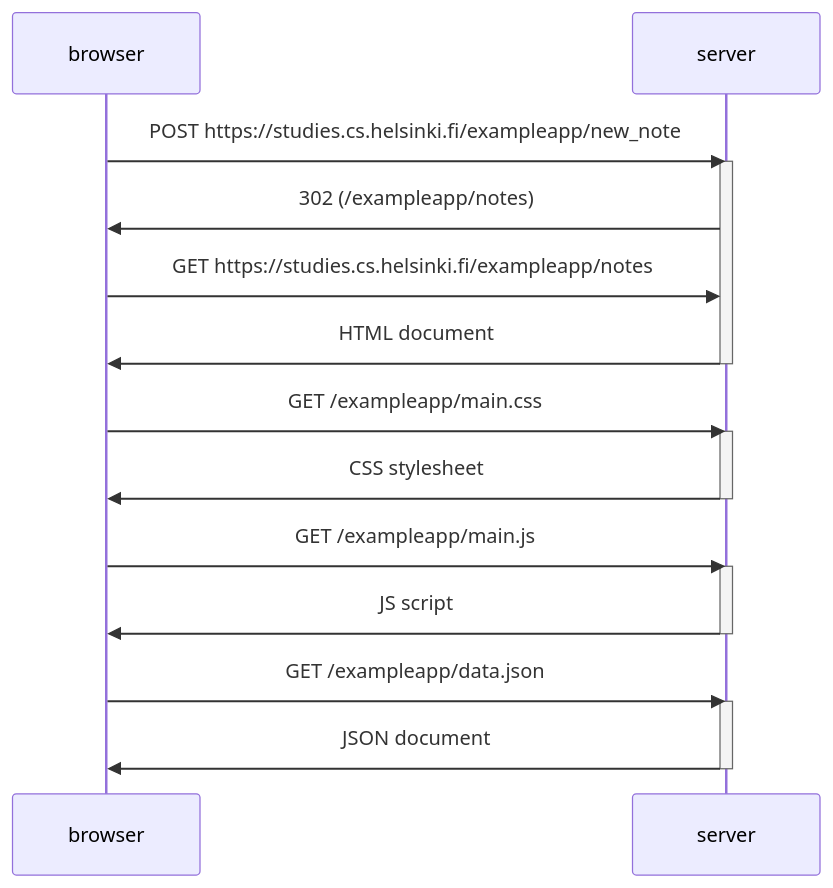
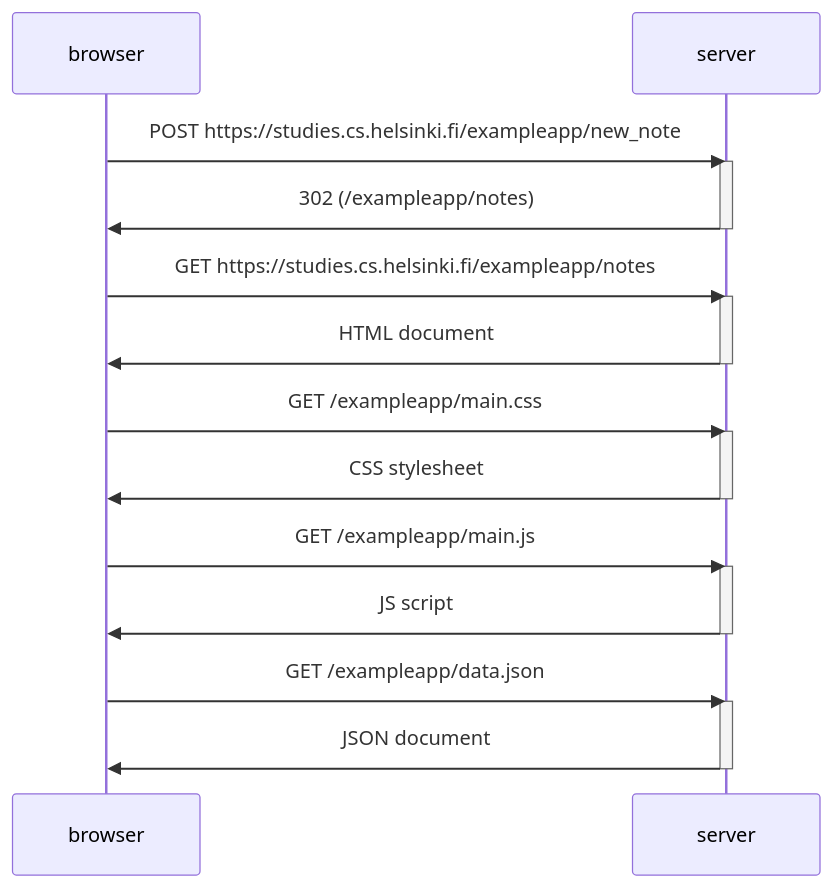
Before and after one commit to manny-rocha/FullStackOpen: the diagram in part0/4.md, drawn with Mermaid. The commit also changed 1 other file, not shown here.

Commit message:
exercise 5 complete

````diff
--- a/part0/4.md
+++ b/part0/4.md
@@ -1,27 +1,29 @@
 ```mermaid
 sequenceDiagram
     participant browser
     participant server
 
     browser->>server: POST https://studies.cs.helsinki.fi/exampleapp/new_note
     activate server
     server->>browser: 302 (/exampleapp/notes)
+    deactivate server
     browser->>server: GET https://studies.cs.helsinki.fi/exampleapp/notes
+    activate server
     server->>browser: HTML document
     deactivate server
 
     browser->>server: GET /exampleapp/main.css
     activate server
     server->>browser: CSS stylesheet
     deactivate server
 
     browser->>server: GET /exampleapp/main.js
     activate server
     server->>browser: JS script
     deactivate server
 
     browser->>server: GET /exampleapp/data.json
     activate server
     server->>browser: JSON document
     deactivate server
 ```
````
